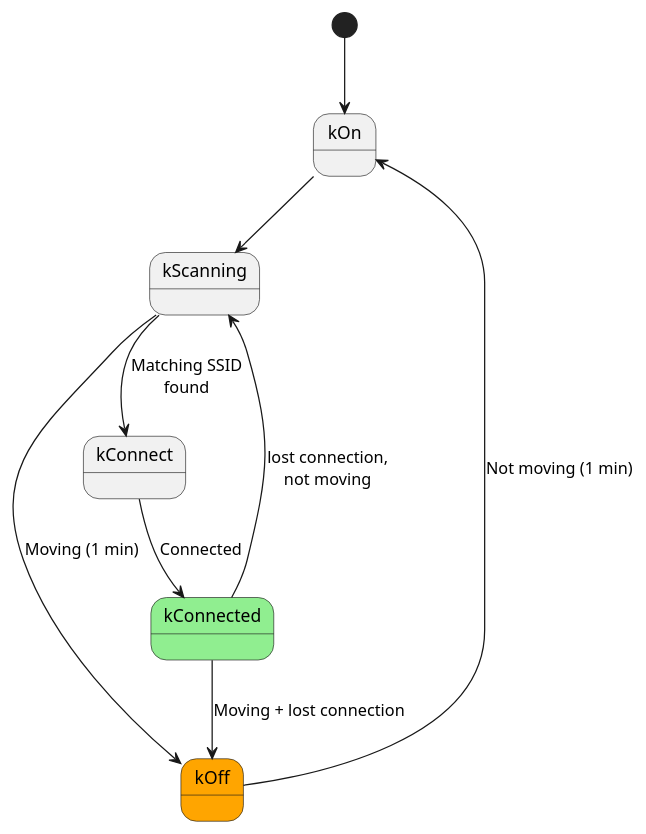
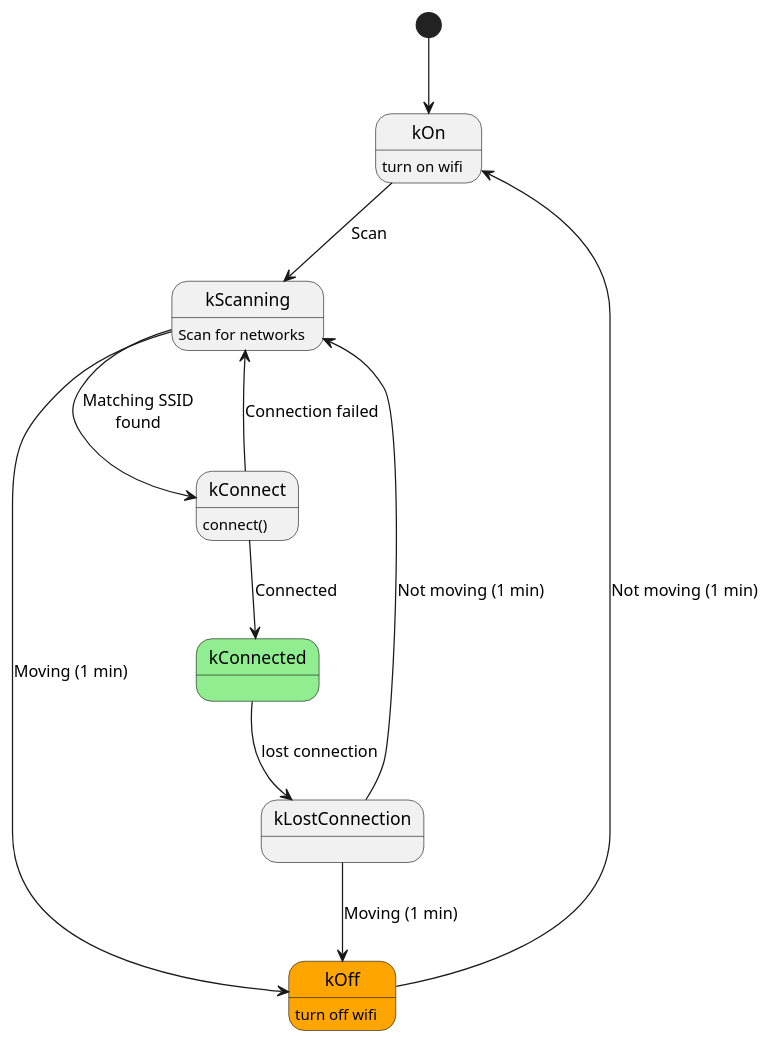
The diagram in src/wifi_handler/wifi_state_machine.pu (SimonKagstrom/radbuzz), drawn with PlantUML before and after one commit. The commit also changed 4 other files, not shown here.

```diff
--- a/src/wifi_handler/wifi_state_machine.pu
+++ b/src/wifi_handler/wifi_state_machine.pu
@@ -1,24 +1,28 @@
 @startuml
 
-state kOn
-state kOff #Orange
-state kScanning
-state kConnect
+state kOn : turn on wifi
+state kOff #Orange : turn off wifi
+state kScanning : Scan for networks
+state kConnect : connect()
 state kConnected #LightGreen
+state kLostConnection
 
 [*] --> kOn
 
-kOn --> kScanning
+kOn --> kScanning : Scan
 
 kScanning --> kConnect : Matching SSID\nfound
 kScanning --> kOff : Moving (1 min)
 
 kConnect --> kConnected : Connected
+kConnect --> kScanning : Connection failed
 
 
-kConnected --> kOff : Moving + lost connection
-kConnected --> kScanning : lost connection,\nnot moving
+kConnected --> kLostConnection : lost connection
+
+kLostConnection --> kScanning : Not moving (1 min)
+kLostConnection --> kOff : Moving (1 min)
 
 kOff --> kOn : Not moving (1 min)
 
 @enduml
```
